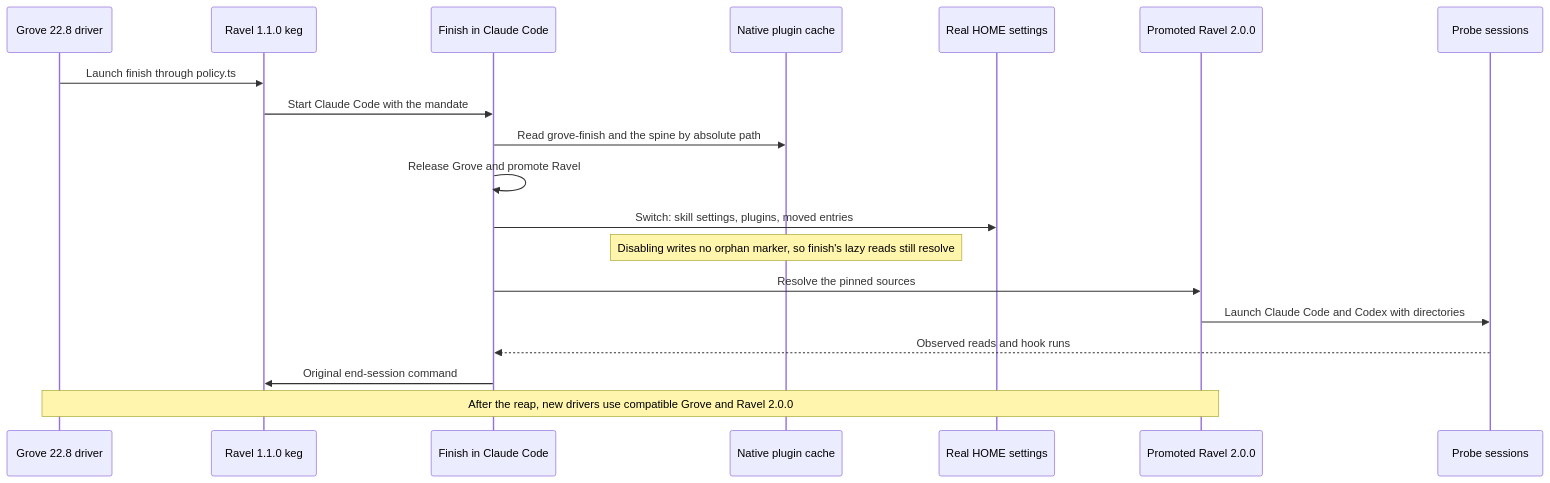
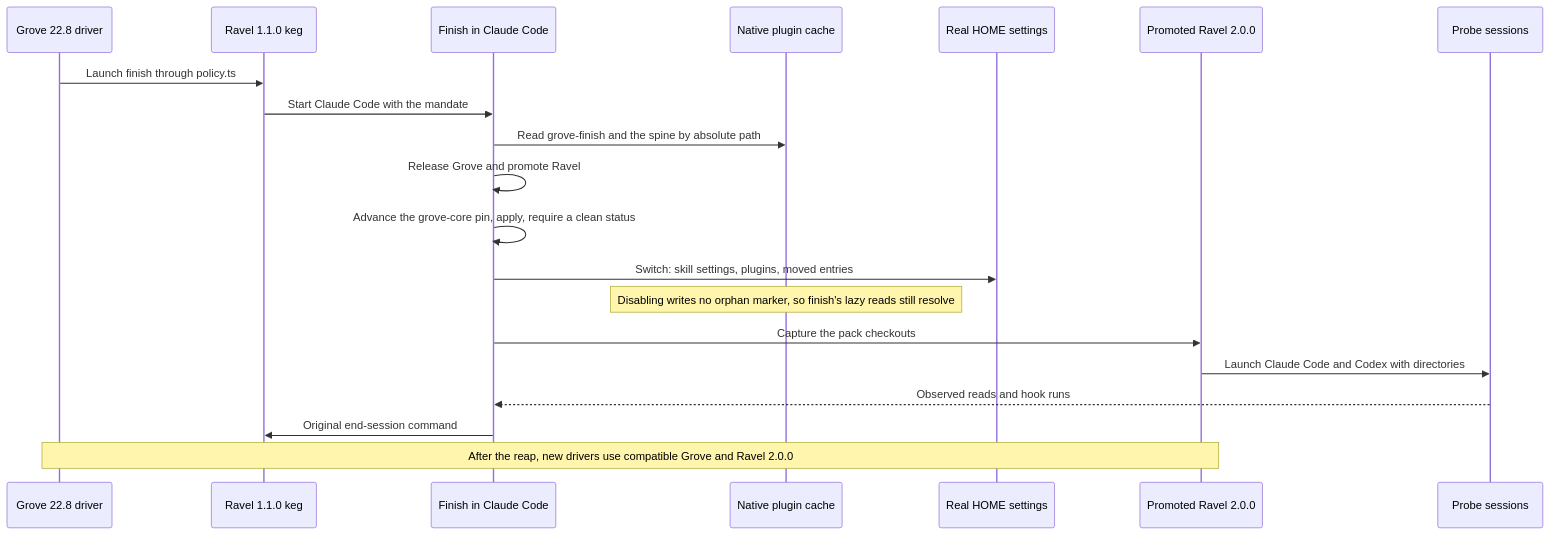
The diagram in docs/design/harness-selection-and-execution/owner-final-session.mmd (Linkuistics/grove), drawn with Mermaid before and after one commit. The commit also changed 18 other files, not shown here.

First line of the commit message:
Give the owner's skill-pack checkouts to mise, outside Ravel (owner-pack-checkouts-k79)

```diff
--- a/docs/design/harness-selection-and-execution/owner-final-session.mmd
+++ b/docs/design/harness-selection-and-execution/owner-final-session.mmd
@@ -1,19 +1,20 @@
 sequenceDiagram
     participant D as Grove 22.8 driver
     participant R1 as Ravel 1.1.0 keg
     participant F as Finish in Claude Code
     participant N as Native plugin cache
     participant H as Real HOME settings
     participant R2 as Promoted Ravel 2.0.0
     participant P as Probe sessions
     D->>R1: Launch finish through policy.ts
     R1->>F: Start Claude Code with the mandate
     F->>N: Read grove-finish and the spine by absolute path
     F->>F: Release Grove and promote Ravel
+    F->>F: Advance the grove-core pin, apply, require a clean status
     F->>H: Switch: skill settings, plugins, moved entries
     Note over N: Disabling writes no orphan marker, so finish's lazy reads still resolve
-    F->>R2: Resolve the pinned sources
+    F->>R2: Capture the pack checkouts
     R2->>P: Launch Claude Code and Codex with directories
     P-->>F: Observed reads and hook runs
     F->>R1: Original end-session command
     Note over D,R2: After the reap, new drivers use compatible Grove and Ravel 2.0.0
```
